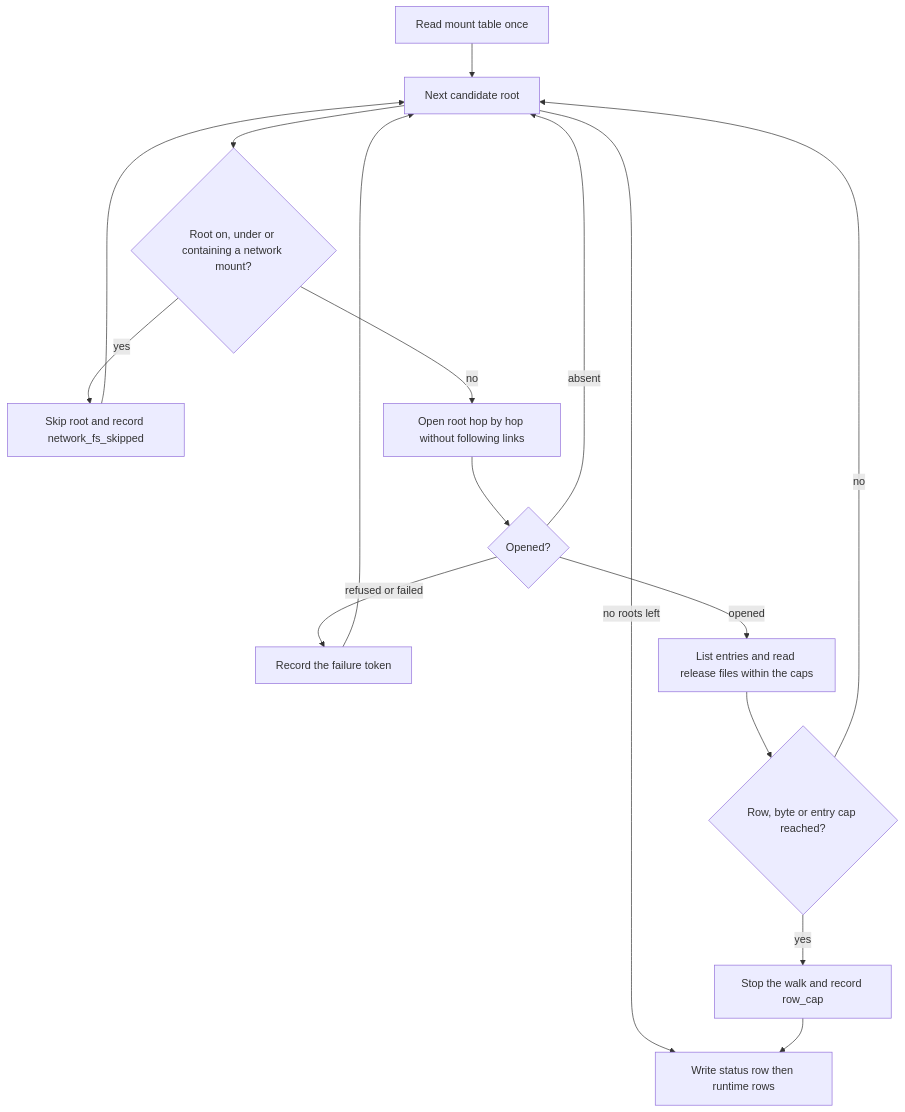
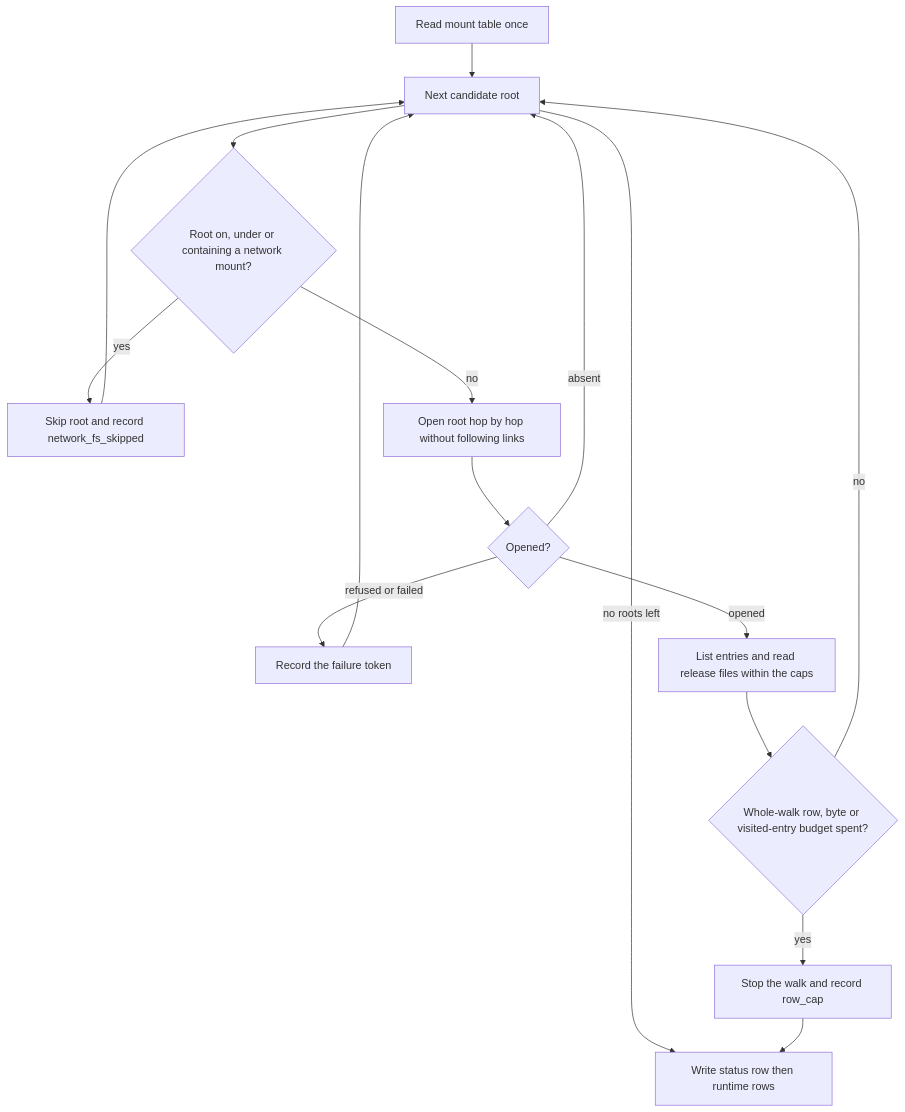
Before and after one commit to DevNullLtd/Yuzu: the second of 3 diagrams in agents/plugins/runtimes/README.md, drawn with Mermaid. The commit also changed other lines of this file and 69 other files, not shown here.

````diff
--- a/agents/plugins/runtimes/README.md
+++ b/agents/plugins/runtimes/README.md
@@ -42,18 +42,18 @@
 ```mermaid
 flowchart TD
   S[Read mount table once] --> R[Next candidate root]
   R --> N{Root on, under or containing a network mount?}
   N -- yes --> SK[Skip root and record network_fs_skipped]
   N -- no --> O[Open root hop by hop without following links]
   O --> Q{Opened?}
   Q -- absent --> R
   Q -- refused or failed --> F[Record the failure token]
   Q -- opened --> W[List entries and read release files within the caps]
-  W --> B{Row, byte or entry cap reached?}
+  W --> B{Whole-walk row, byte or visited-entry budget spent?}
   B -- yes --> RC[Stop the walk and record row_cap]
   B -- no --> R
   SK --> R
   F --> R
   R -- no roots left --> D[Write status row then runtime rows]
   RC --> D
 ```
````
